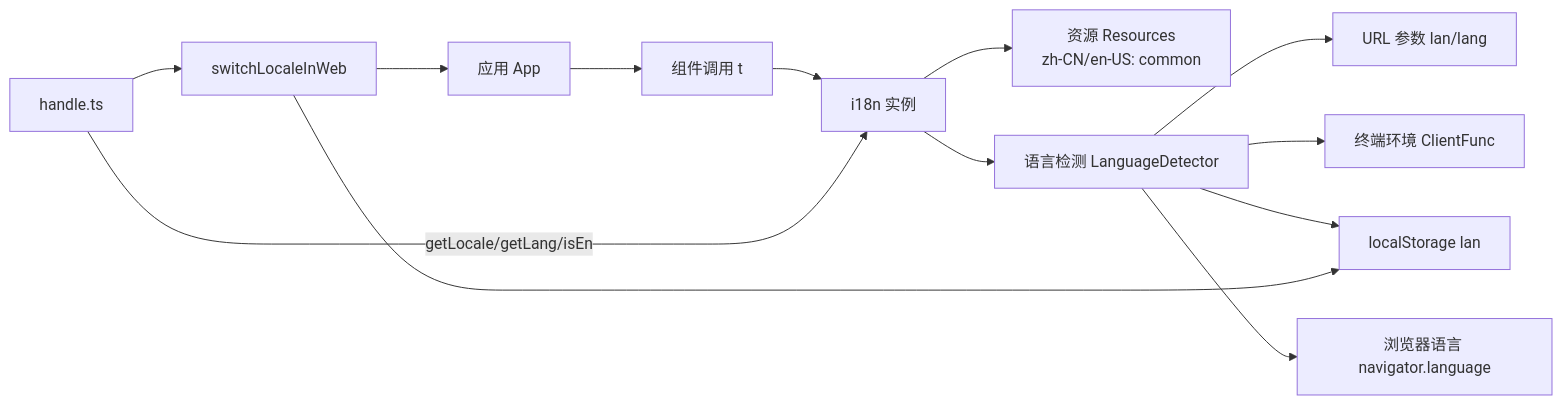
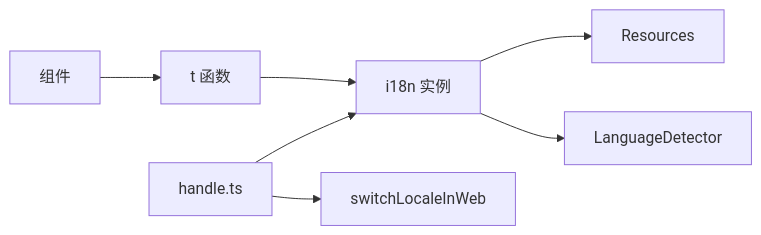
One commit to suneo02/tech-knowledge-base changed the diagram in docs/intl/README.md. Above: the diagram before and after it, drawn with Mermaid. The commit also changed other lines of this file and 2109 other files, not shown here.

````diff
--- a/docs/intl/README.md
+++ b/docs/intl/README.md
@@ -15,15 +16,9 @@
 ```mermaid
 graph LR
-  A[应用 App] --> B[组件调用 t]
+  A[组件] --> B[t 函数]
   B --> C[i18n 实例]
-  C --> D[资源 Resources\nzh-CN/en-US: common]
-  C --> E[语言检测 LanguageDetector]
-  E --> F[URL 参数 lan/lang]
-  E --> G[终端环境 ClientFunc]
-  E --> H[localStorage lan]
-  E --> I[浏览器语言 navigator.language]
-  J[handle.ts] -->|getLocale/getLang/isEn| C
-  J --> K[switchLocaleInWeb]
-  K --> H
-  K --> A
+  C --> D[Resources]
+  C --> E[LanguageDetector]
+  F[handle.ts] --> C
+  F --> G[switchLocaleInWeb]
 ```
````
